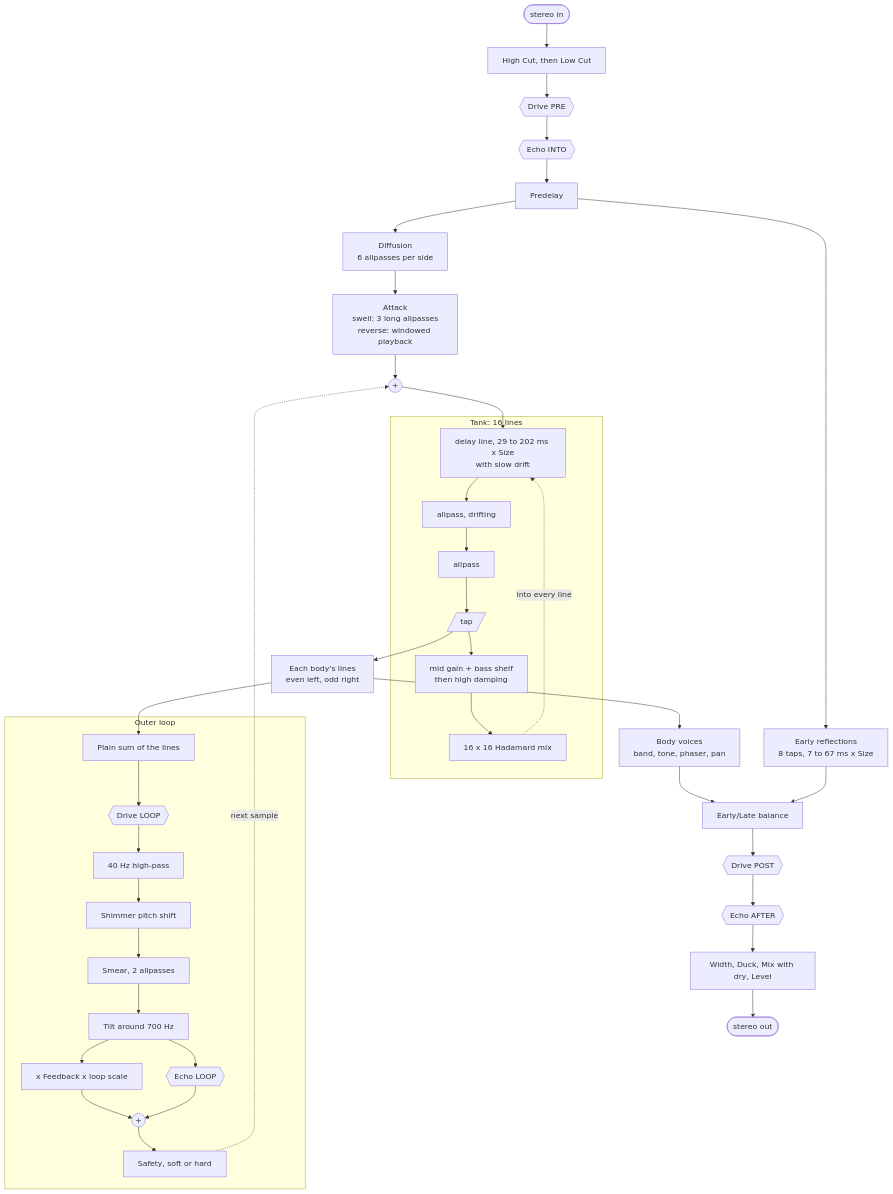
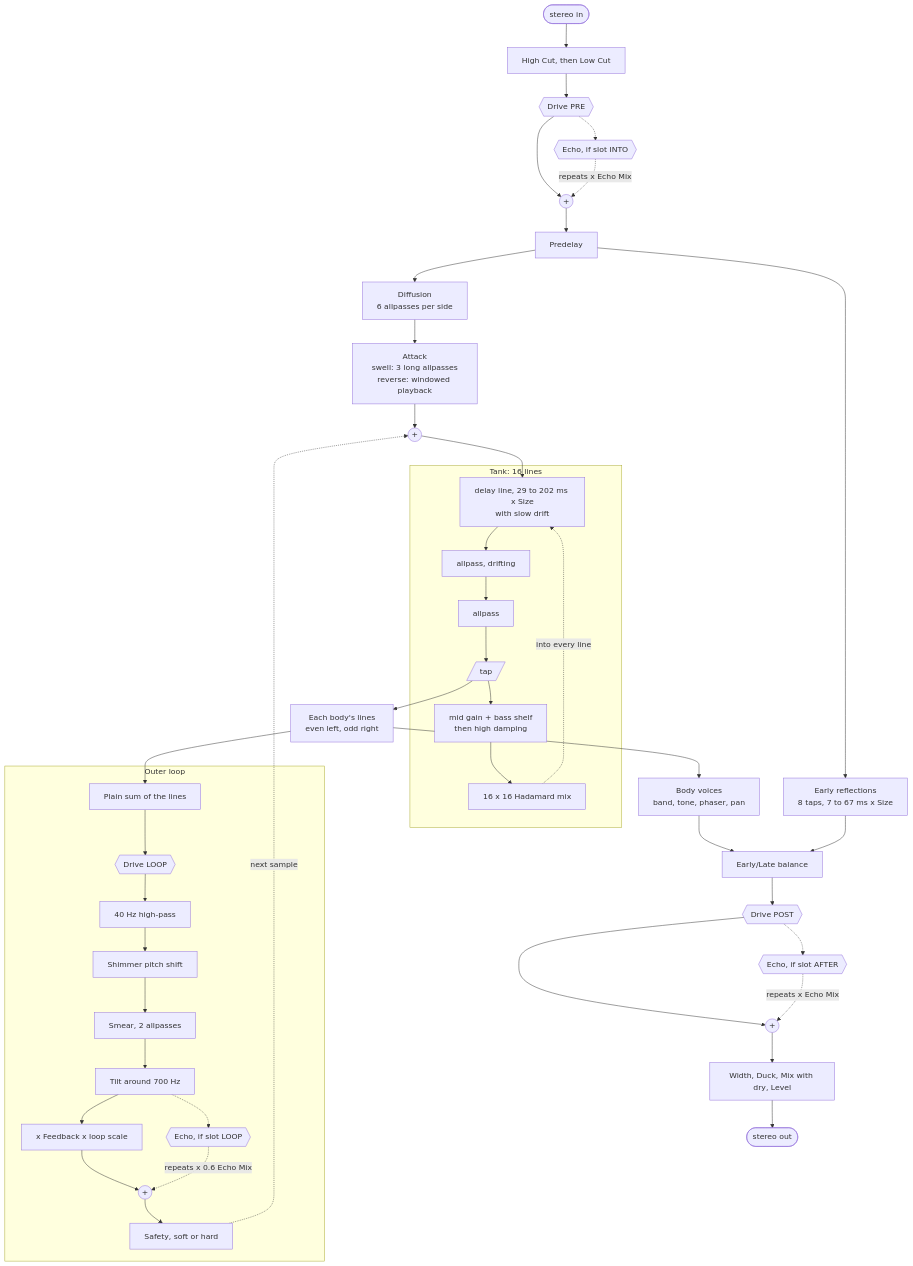
One commit to jeffmhopkins/Jclap changed the first of 2 diagrams in plugins/jverb/ARCHITECTURE.md. Above: the diagram before and after it, drawn with Mermaid. The commit also changed other lines of this file, not shown here.

First line of the commit message:
JVerb docs: explain how the echo works and where it sits (#29)

````diff
--- a/plugins/jverb/ARCHITECTURE.md
+++ b/plugins/jverb/ARCHITECTURE.md
@@ -43,46 +43,50 @@
 ```mermaid
 flowchart TD
     IN([stereo in]) --> CUT[High Cut, then Low Cut]
     CUT --> DPRE{{Drive PRE}}
-    DPRE --> EINTO{{Echo INTO}}
-    EINTO --> PD[Predelay]
+    DPRE --> INSUM((+))
+    DPRE -.-> EINTO{{Echo, if slot INTO}}
+    EINTO -.->|repeats x Echo Mix| INSUM
+    INSUM --> PD[Predelay]
     PD --> DIF[Diffusion<br/>6 allpasses per side]
     PD --> ER[Early reflections<br/>8 taps, 7 to 67 ms x Size]
     DIF --> ATT[Attack<br/>swell: 3 long allpasses<br/>reverse: windowed playback]
     ATT --> SUM((+))
 
     subgraph TANK [Tank: 16 lines]
         L[delay line, 29 to 202 ms x Size<br/>with slow drift] --> AP1[allpass, drifting]
         AP1 --> AP2[allpass]
         AP2 --> TAP[/tap/]
         TAP --> DMP[mid gain + bass shelf<br/>then high damping]
         DMP --> HAD[16 x 16 Hadamard mix]
         HAD -.->|into every line| L
     end
     SUM --> L
 
     TAP --> BUS[Each body's lines<br/>even left, odd right]
     BUS --> VOICES[Body voices<br/>band, tone, phaser, pan]
     BUS --> PLAIN[Plain sum of the lines]
 
     subgraph LOOP [Outer loop]
         PLAIN --> DLOOP{{Drive LOOP}}
         DLOOP --> HP[40 Hz high-pass]
         HP --> SHIM[Shimmer pitch shift]
         SHIM --> SMEAR[Smear, 2 allpasses]
         SMEAR --> TILT[Tilt around 700 Hz]
         TILT --> FB[x Feedback x loop scale]
-        TILT --> ELOOP{{Echo LOOP}}
+        TILT -.-> ELOOP{{Echo, if slot LOOP}}
         FB --> FBSUM((+))
-        ELOOP --> FBSUM
+        ELOOP -.->|repeats x 0.6 Echo Mix| FBSUM
         FBSUM --> SAFE[Safety, soft or hard]
     end
     SAFE -.->|next sample| SUM
 
     VOICES --> EL[Early/Late balance]
     ER --> EL
     EL --> DPOST{{Drive POST}}
-    DPOST --> EAFTER{{Echo AFTER}}
-    EAFTER --> OUT[Width, Duck, Mix with dry, Level]
+    DPOST --> OUTSUM((+))
+    DPOST -.-> EAFTER{{Echo, if slot AFTER}}
+    EAFTER -.->|repeats x Echo Mix| OUTSUM
+    OUTSUM --> OUT[Width, Duck, Mix with dry, Level]
     OUT --> OUTP([stereo out])
 ```
````
